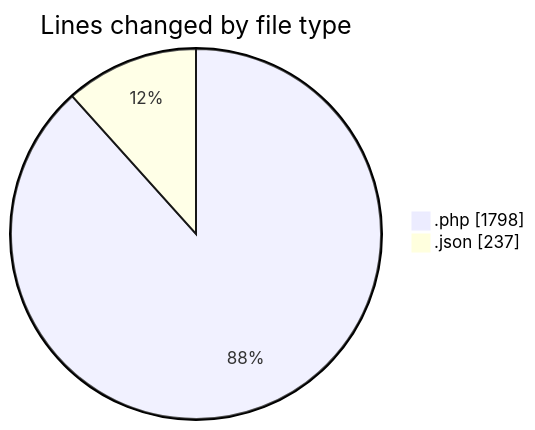
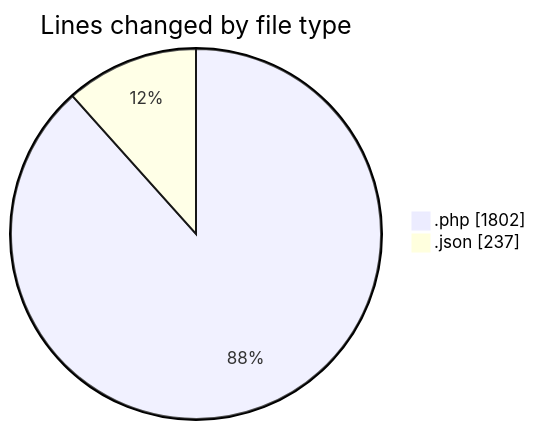
The first of 2 diagrams in 2025-06-23/studio-backend/README.md (idhammustaqopulfikri/code-tracking), drawn with Mermaid before and after one commit. The commit also changed other lines of this file and 1 other file, not shown here.

````diff
--- a/2025-06-23/studio-backend/README.md
+++ b/2025-06-23/studio-backend/README.md
@@ -23,6 +23,6 @@
 ```mermaid
 pie showData
 title Lines changed by file type
-".php" : 1798
+".php" : 1802
 ".json" : 237
 ```
````
